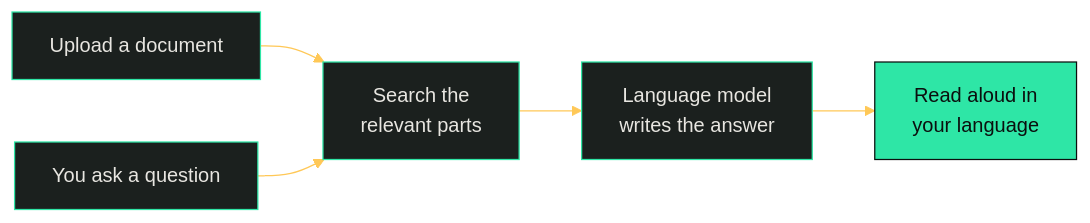
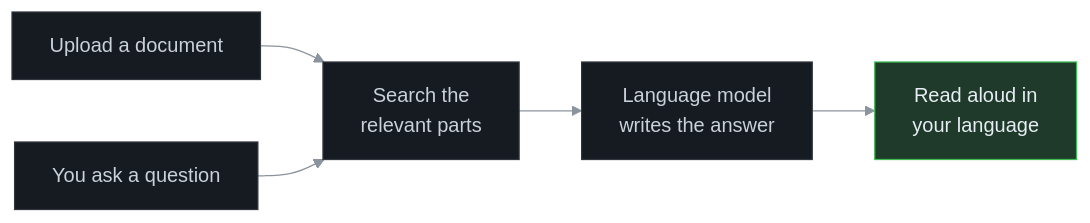
One commit to bowsii/bowsii changed the third of 4 diagrams in README.md. Above: the diagram before and after it, drawn with Mermaid. The commit also changed other lines of this file, not shown here.

````diff
--- a/README.md
+++ b/README.md
@@ -127,10 +127,10 @@
 ```mermaid
-%%{init: {'theme':'base','themeVariables':{'primaryColor':'#1B201E','primaryBorderColor':'#2EE6A6','primaryTextColor':'#E8E6E1','lineColor':'#FFC857','fontFamily':'monospace'}}}%%
+%%{init: {'theme':'base','themeVariables':{'primaryColor':'#161B22','primaryBorderColor':'#30363D','primaryTextColor':'#C9D1D9','lineColor':'#8B949E','fontFamily':'monospace'}}}%%
 flowchart LR
   A["Upload a document"] --> B["Search the<br/>relevant parts"]
   Q["You ask a question"] --> B
   B --> C["Language model<br/>writes the answer"]
   C --> D["Read aloud in<br/>your language"]
-  classDef hot fill:#2EE6A6,stroke:#0B0F0E,color:#0B0F0E
+  classDef hot fill:#1F3A2A,stroke:#3FB950,color:#E6EDF3
   class D hot
 ```
````
